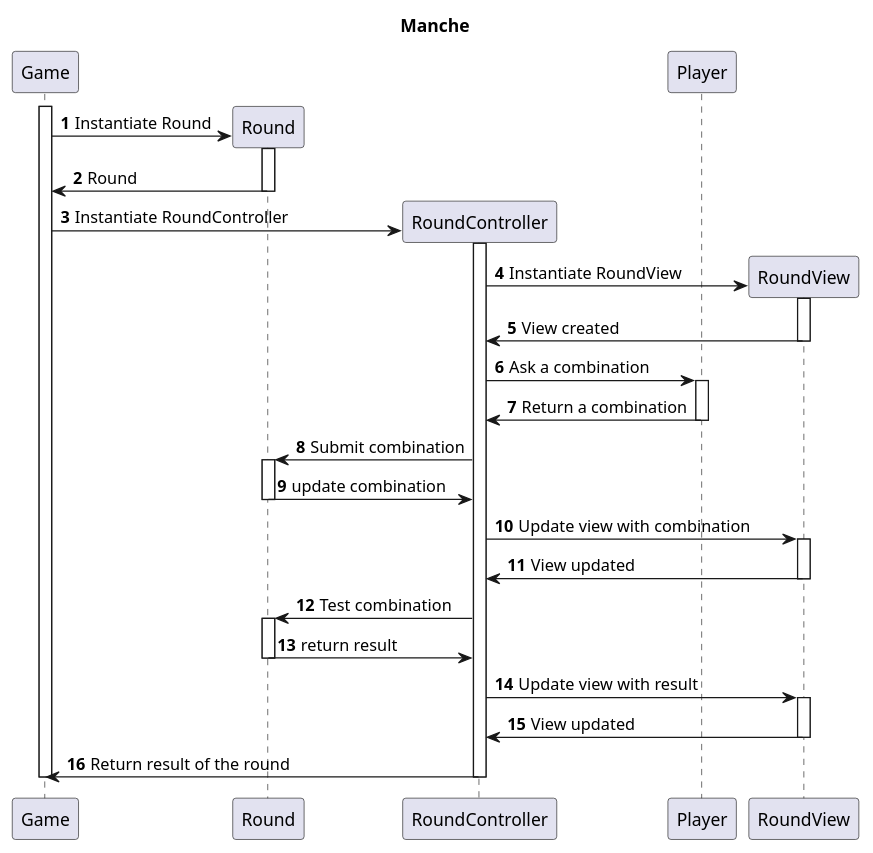
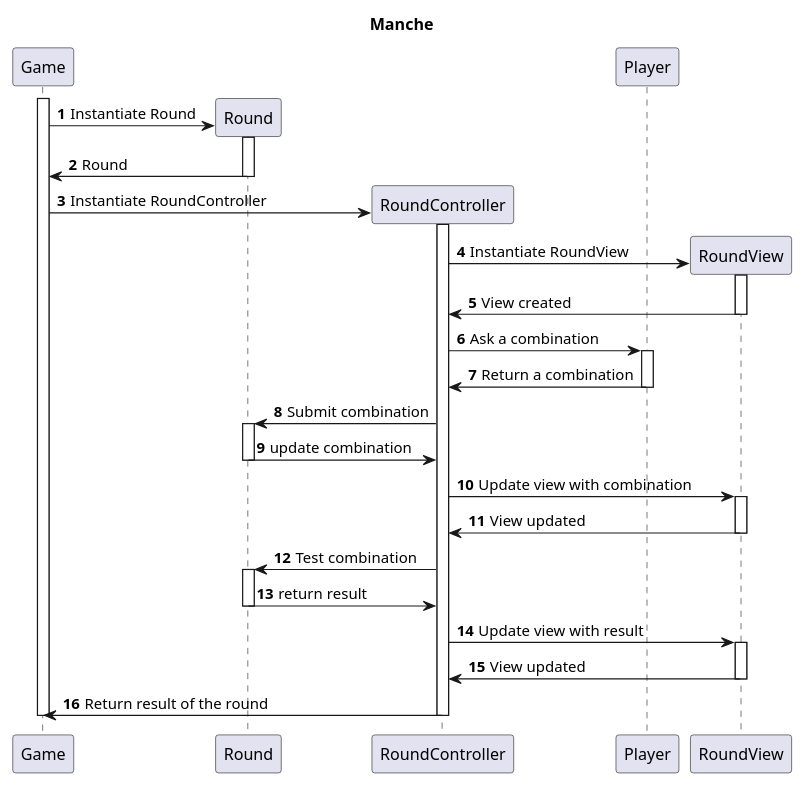
Before and after one commit to Earth-Wind-and-Fire/AP4B_Report: the diagram in Writerside/topics/Description-de-la-manche.md, drawn with PlantUML. The commit also changed 3 other files, not shown here.

````diff
--- a/Writerside/topics/Description-de-la-manche.md
+++ b/Writerside/topics/Description-de-la-manche.md
@@ -30,64 +30,65 @@
 ```plantuml
 @startuml
 'https://plantuml.com/sequence-diagram
 
+scale 0.92
 title Manche
 autonumber
 
 participant "Game" as Game
 participant "Round" as Round
 participant "RoundController" as RoundController
 participant "Player" as Player
 participant "RoundView" as RoundView
 
 ' Create Game and Round
 activate Game
 create Round
 Game -> Round: Instantiate Round
 activate Round
 Round -> Game: Round
 deactivate Round
 
 create RoundController
 Game -> RoundController: Instantiate RoundController
 activate RoundController
 
 create RoundView
 RoundController -> RoundView: Instantiate RoundView
 activate RoundView
 RoundView -> RoundController: View created
 deactivate RoundView
 
 RoundController -> Player: Ask a combination
 activate Player
 
 Player -> RoundController: Return a combination
 deactivate Player
 RoundController -> Round: Submit combination
 activate Round
 Round -> RoundController: update combination
 deactivate Round
 
 RoundController -> RoundView: Update view with combination
 activate RoundView
 RoundView -> RoundController: View updated
 deactivate RoundView
 
 RoundController -> Round: Test combination
 activate Round
 Round -> RoundController: return result
 deactivate Round
 
 RoundController -> RoundView: Update view with result
 activate RoundView
 RoundView -> RoundController: View updated
 deactivate RoundView
 
 RoundController -> Game: Return result of the round
 deactivate RoundController
 deactivate Game
 
 
 
 @enduml
 ```
````
